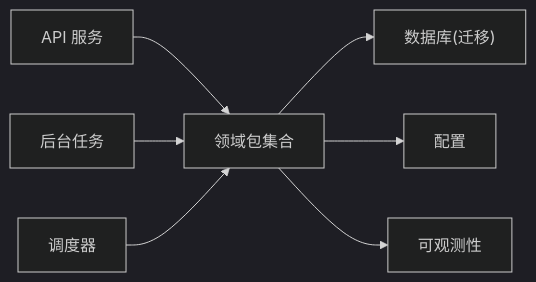
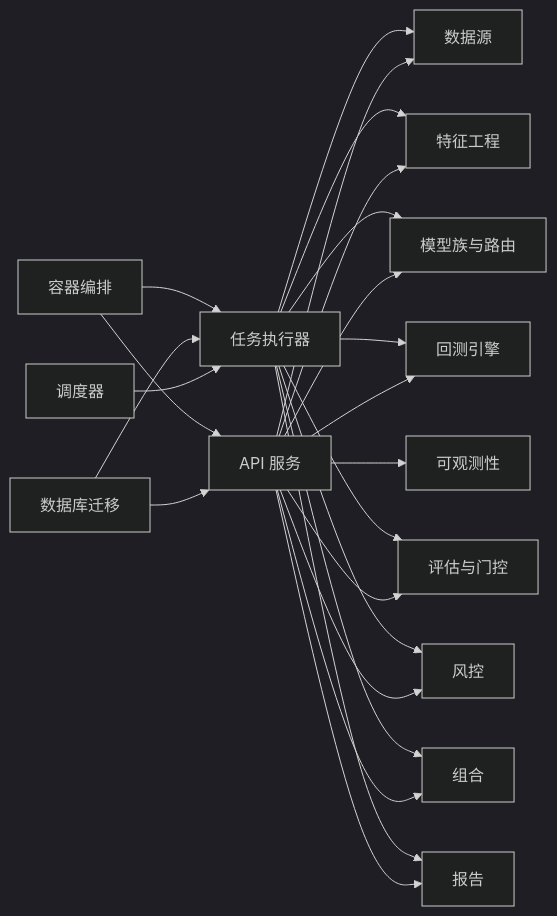
Before and after one commit to DeathLimbo/quan_mcp: the fourth of 4 diagrams in .qoder/repowiki/zh/content/项目概述/项目概述.md, drawn with Mermaid (dark theme). The commit also changed other lines of this file and 238 other files, not shown here.

````diff
--- a/.qoder/repowiki/zh/content/项目概述/项目概述.md
+++ b/.qoder/repowiki/zh/content/项目概述/项目概述.md
@@ -591,9 +230,25 @@
 ```mermaid
 graph LR
-API["API 服务"] --> PKG["领域包集合"]
-Worker["后台任务"] --> PKG
-Scheduler["调度器"] --> PKG
-PKG --> DB["数据库(迁移)"]
-PKG --> CFG["配置"]
-PKG --> OBS["可观测性"]
+API["API 服务"] --> DS["数据源"]
+API --> FS["特征工程"]
+API --> MD["模型族与路由"]
+API --> BT["回测引擎"]
+API --> EV["评估与门控"]
+API --> RK["风控"]
+API --> PF["组合"]
+API --> RP["报告"]
+API --> OB["可观测性"]
+SCH["调度器"] --> WRK["任务执行器"]
+WRK --> DS
+WRK --> FS
+WRK --> MD
+WRK --> BT
+WRK --> EV
+WRK --> RK
+WRK --> PF
+WRK --> RP
+DB["数据库迁移"] --> API
+DB --> WRK
+DC["容器编排"] --> API
+DC --> WRK
 ```
````
